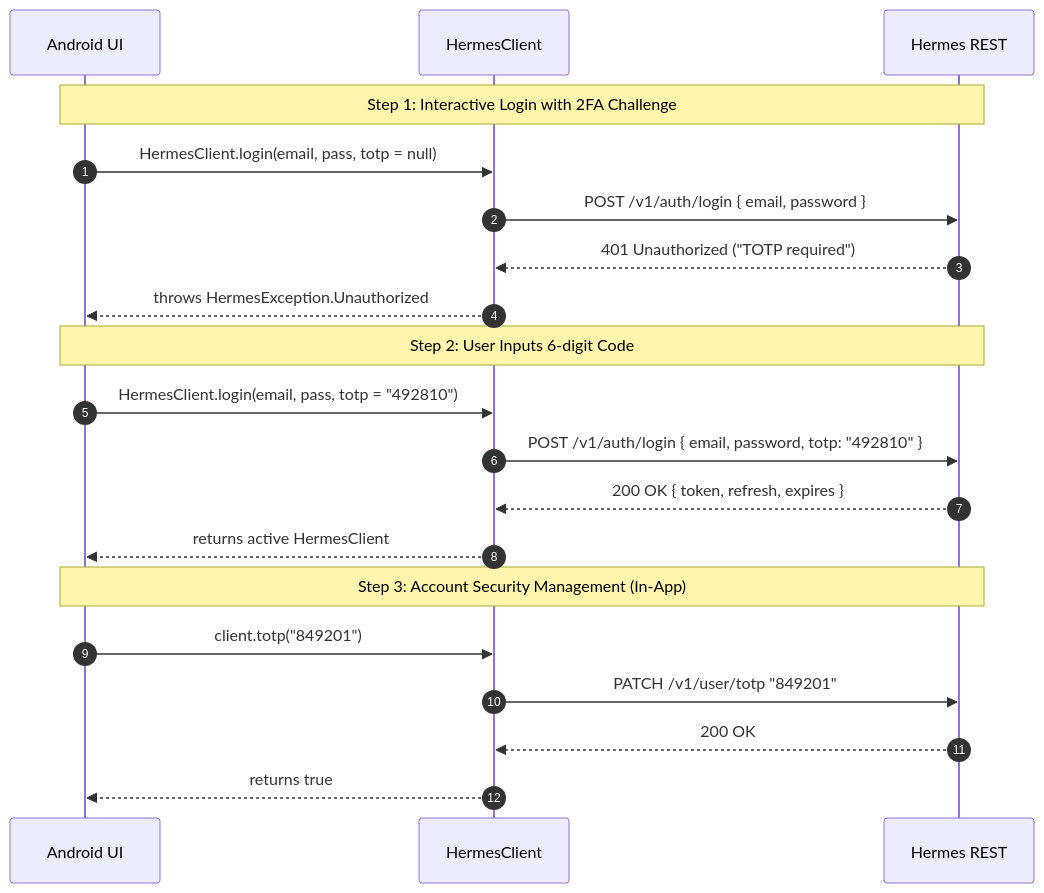
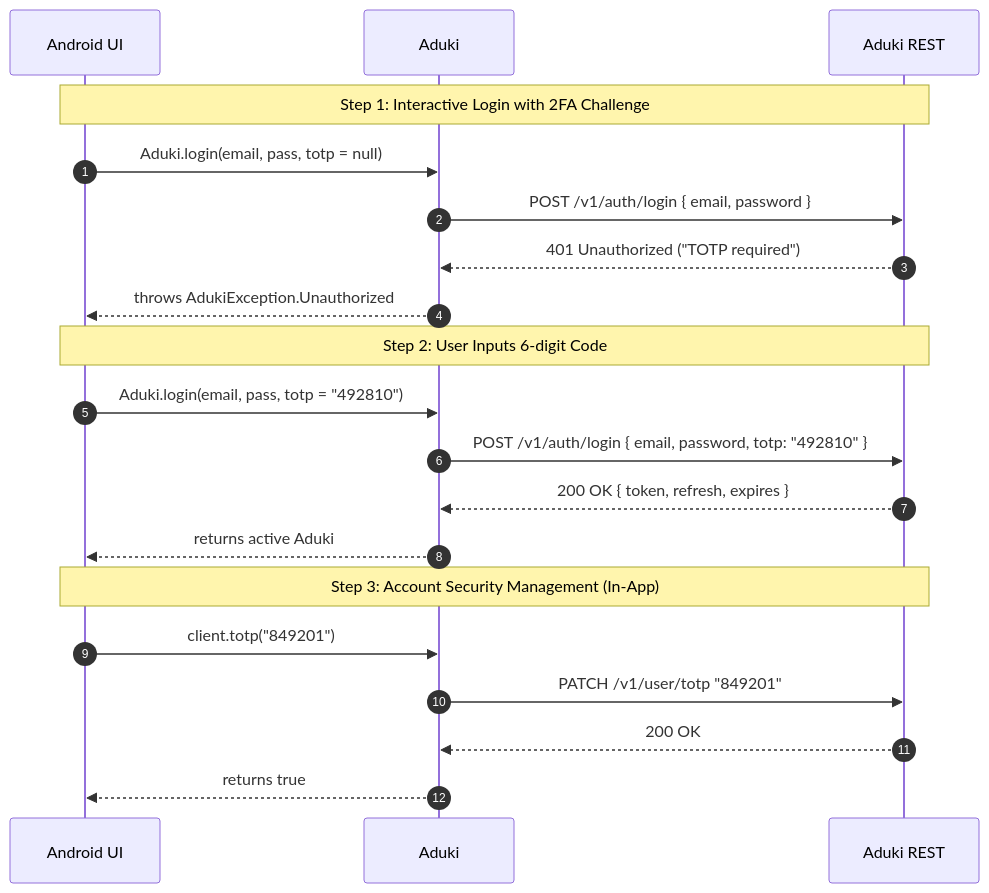
One commit to adukilabs/aduki-kt changed the diagram in docs/auth/totp.md. Above: the diagram before and after it, drawn with Mermaid. The commit also changed other lines of this file and 239 other files, not shown here.

First line of the commit message:
Rename pro.aduki.hermes to pro.aduki, HermesClient to Aduki, Maven group to pro.aduki (K1)

````diff
--- a/docs/auth/totp.md
+++ b/docs/auth/totp.md
@@ -74,25 +74,25 @@
 ```mermaid
 sequenceDiagram
     autonumber
     participant App as Android UI
-    participant Client as HermesClient
-    participant Server as Hermes REST
+    participant Client as Aduki
+    participant Server as Aduki REST
 
     Note over App,Server: Step 1: Interactive Login with 2FA Challenge
-    App->>Client: HermesClient.login(email, pass, totp = null)
+    App->>Client: Aduki.login(email, pass, totp = null)
     Client->>Server: POST /v1/auth/login { email, password }
     Server-->>Client: 401 Unauthorized ("TOTP required")
-    Client-->>App: throws HermesException.Unauthorized
+    Client-->>App: throws AdukiException.Unauthorized
 
     Note over App,Server: Step 2: User Inputs 6-digit Code
-    App->>Client: HermesClient.login(email, pass, totp = "492810")
+    App->>Client: Aduki.login(email, pass, totp = "492810")
     Client->>Server: POST /v1/auth/login { email, password, totp: "492810" }
     Server-->>Client: 200 OK { token, refresh, expires }
-    Client-->>App: returns active HermesClient
+    Client-->>App: returns active Aduki
 
     Note over App,Server: Step 3: Account Security Management (In-App)
     App->>Client: client.totp("849201")
     Client->>Server: PATCH /v1/user/totp "849201"
     Server-->>Client: 200 OK
     Client-->>App: returns true
 ```
````
